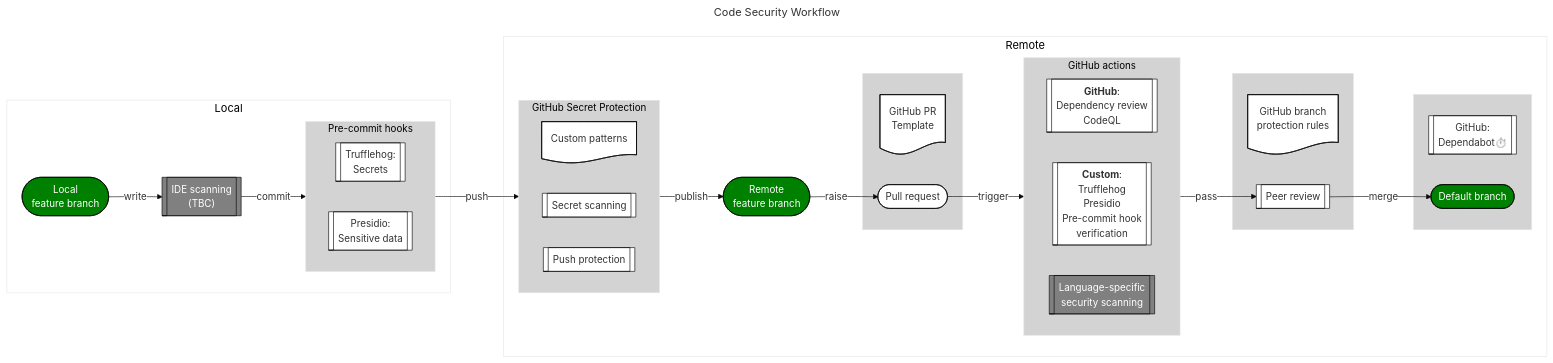
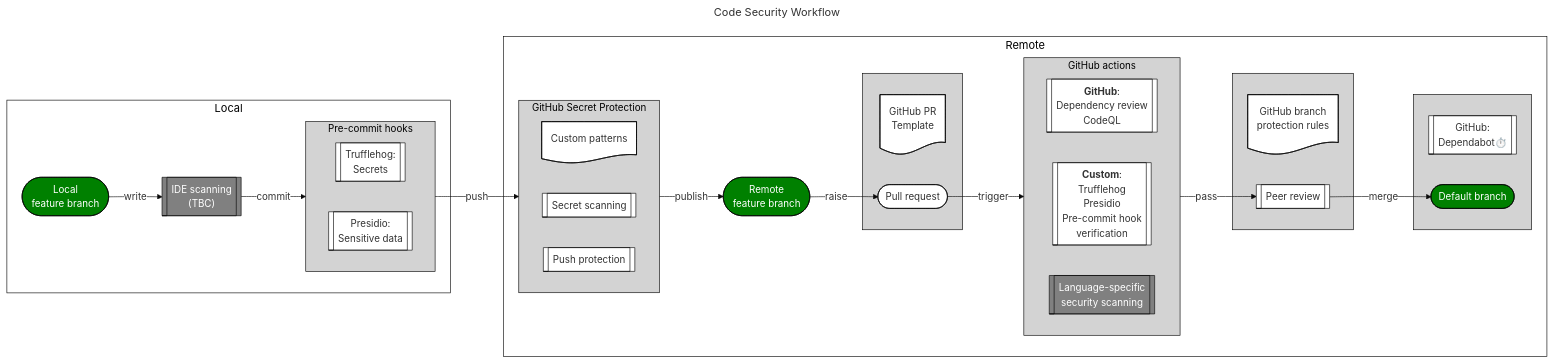
One commit to uktrade/.github changed the diagram in assets/code_sec_workflow.md. Above: the diagram before and after it, drawn with Mermaid.

````diff
--- a/assets/code_sec_workflow.md
+++ b/assets/code_sec_workflow.md
@@ -1,72 +1,73 @@
 ```mermaid
 ---
 title: Code Security Workflow
 config:
   theme: 'base'
   themeVariables:
     primaryColor: 'white'
     primaryBorderColor: 'black'
     clusterBkg: 'lightgrey'
+    clusterBorder: 'black'
 ---
 flowchart LR
  subgraph PCH["Pre-commit hooks"]
       direction LR
         C[["Trufflehog: <br> Secrets"]]
         D[["Presidio: <br> Sensitive data"]]
   end
  subgraph GHA["GitHub actions"]
     direction LR
         n4[["`**GitHub**: <br> Dependency review <br> CodeQL`"]]
         n6[["`**Custom**: <br>Trufflehog <br> Presidio <br> Pre-commit hook <br>verification`"]]
         n14[["Language-specific <br>security scanning"]]
   end
  subgraph local["Local"]
         A(["Local <br>feature branch"])
         B[["IDE scanning <br> (TBC)"]]
         PCH
         
   end
  subgraph remote["Remote"]
         GHS["GHS"]
         n3(["Remote <br> feature branch"])
         s5["s5"]
         GHA
         s6["s6"]
         s7["s7"]
   end
  subgraph s5[" "]
         n15@{ shape: doc, label: "GitHub PR <br>Template"}
         n9(["Pull request"])
   end
  subgraph s6[" "]
         n11@{ shape: doc, label: "GitHub branch <br>protection rules"}
         n10[["Peer review"]]
   end
  subgraph s7[" "]
         n13[["GitHub: <br>Dependabot⏱️"]]
         n12(["Default branch"])
   end
  subgraph GHS["GitHub Secret Protection"]
       direction LR
         custom@{ shape: doc, label: "Custom patterns"}
         n2[["Secret scanning"]]
         push[["Push protection"]]
   end
 
     A -- write --> B
     B -- commit --> PCH
     PCH -- push --> GHS
     GHS --publish--> n3
     n3 -- raise --> n9
     n9 --trigger--> GHA
     GHA --pass--> n10
     n10 -- merge --> n12
     
 
     classDef BiggerTitle font-size:18px,fill:white;
     class remote,local BiggerTitle;
     classDef Green fill:green, color:white, stroke:black;
     class A,n3,n12 Green;
     classDef Grey fill:grey, color:white, stroke:black;
     class n14,B Grey;
 ```
````
